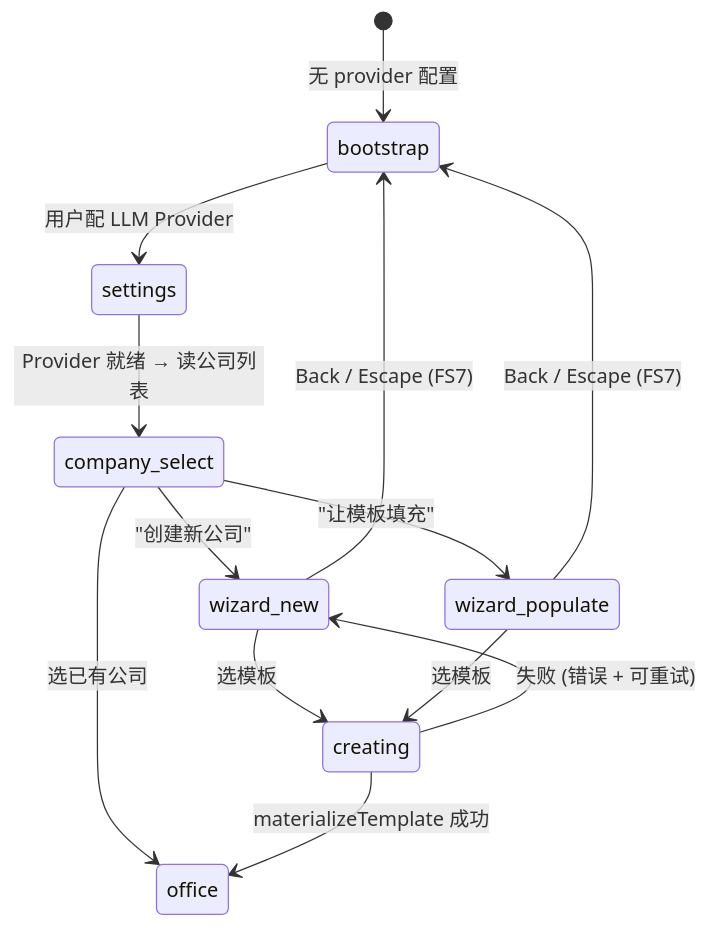
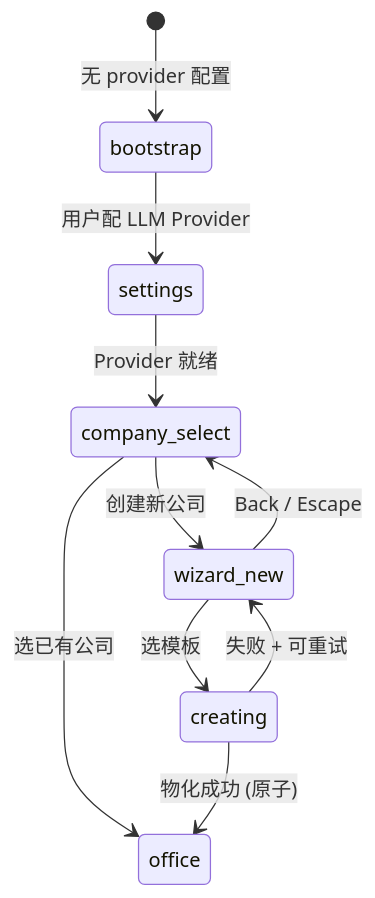
Before and after one commit to mike007jd/Offisim: the sixth of 7 diagrams in Docs/business-logic-map.md, drawn with Mermaid. The commit also changed other lines of this file, not shown here.

````diff
--- a/Docs/business-logic-map.md
+++ b/Docs/business-logic-map.md
@@ -208,16 +281,12 @@
 ```mermaid
 stateDiagram-v2
   [*] --> bootstrap: 无 provider 配置
   bootstrap --> settings : 用户配 LLM Provider
-  settings --> company_select : Provider 就绪 → 读公司列表
-  company_select --> wizard_new : "创建新公司"
-  company_select --> wizard_populate : "让模板填充"
+  settings --> company_select : Provider 就绪
+  company_select --> wizard_new : 创建新公司
   company_select --> office : 选已有公司
-
   wizard_new --> creating : 选模板
-  wizard_populate --> creating : 选模板
-  creating --> office : materializeTemplate 成功
-  creating --> wizard_new : 失败 (错误 + 可重试)
-  wizard_new --> bootstrap : Back / Escape (FS7)
-  wizard_populate --> bootstrap : Back / Escape (FS7)
+  creating --> office : 物化成功 (原子)
+  creating --> wizard_new : 失败 + 可重试
+  wizard_new --> company_select : Back / Escape
 ```
````
